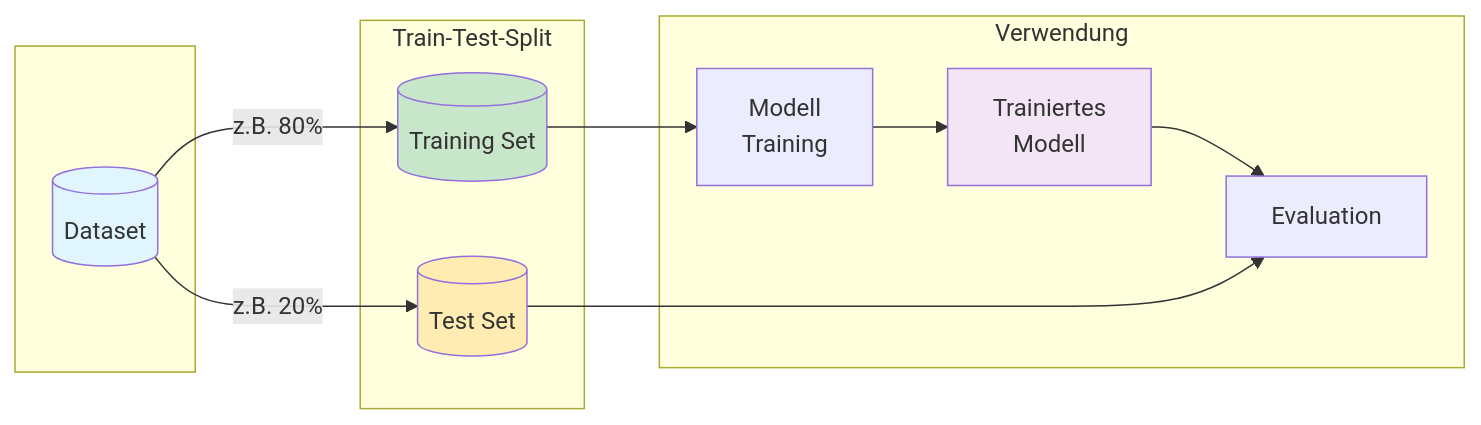
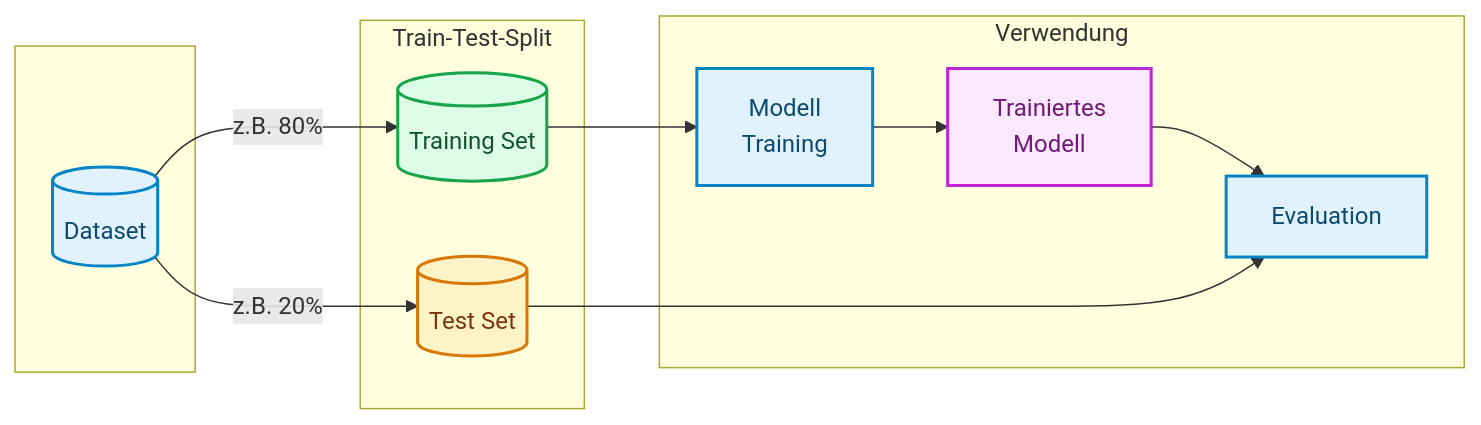
Before and after one commit to ralf-42/ML_Intro: the first of 4 diagrams in docs/concepts/prepare/train_test_split.md, drawn with Mermaid. The commit also changed other lines of this file and 67 other files, not shown here.

````diff
--- a/docs/concepts/prepare/train_test_split.md
+++ b/docs/concepts/prepare/train_test_split.md
@@ -34,23 +34,26 @@
 ```mermaid
 flowchart LR
     subgraph input[" "]
         D[("Dataset")]
     end
     
     subgraph split["Train-Test-Split"]
         D --> |"z.B. 80%"| TR[("Training Set")]
         D --> |"z.B. 20%"| TE[("Test Set")]
     end
     
     subgraph usage["Verwendung"]
         TR --> M["Modell<br/>Training"]
         M --> P["Trainiertes<br/>Modell"]
         P --> E["Evaluation"]
         TE --> E
     end
-    
-    style D fill:#e1f5fe
-    style TR fill:#c8e6c9
-    style TE fill:#ffecb3
-    style P fill:#f3e5f5
+
+    classDef default fill:#e0f2fe,stroke:#0284c7,stroke-width:2px,color:#0c4a6e;
+    classDef metric fill:#fef3c7,stroke:#d97706,stroke-width:2px,color:#78350f;
+    classDef output fill:#dcfce7,stroke:#16a34a,stroke-width:2px,color:#14532d;
+    classDef target fill:#fae8ff,stroke:#c026d3,stroke-width:2px,color:#701a75;
+    class TE metric;
+    class TR output;
+    class P target;
 ```
````
